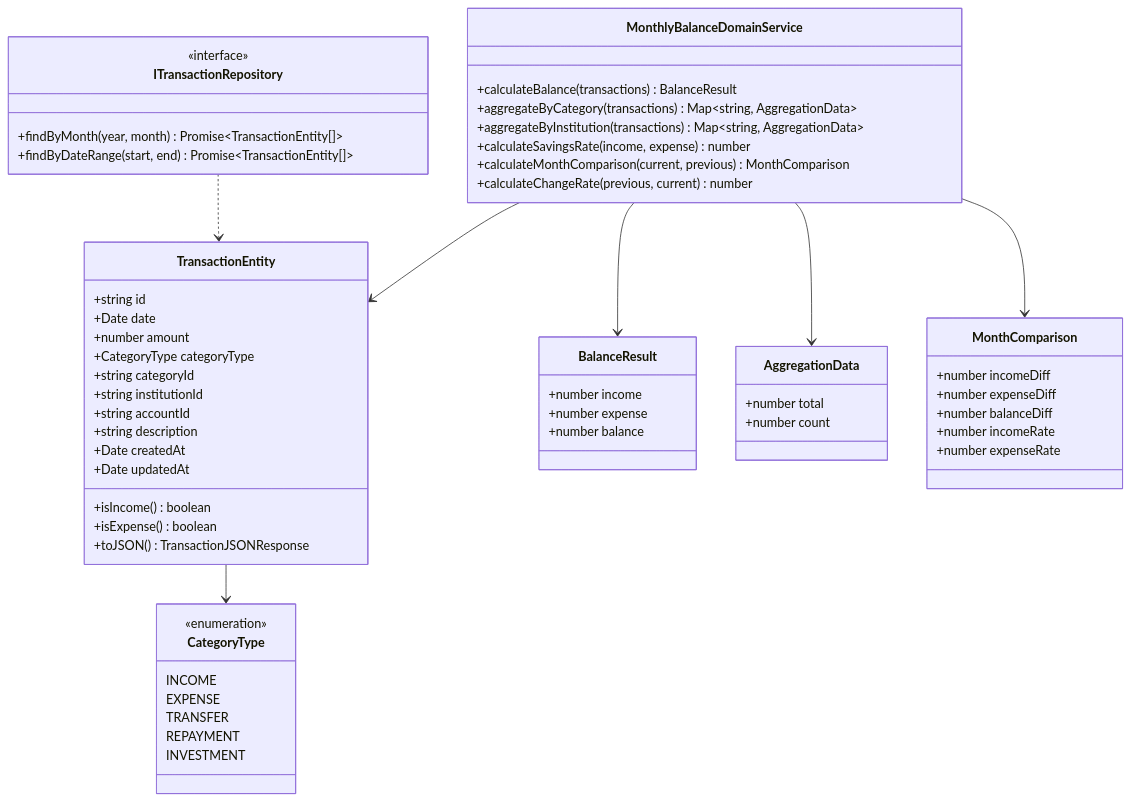
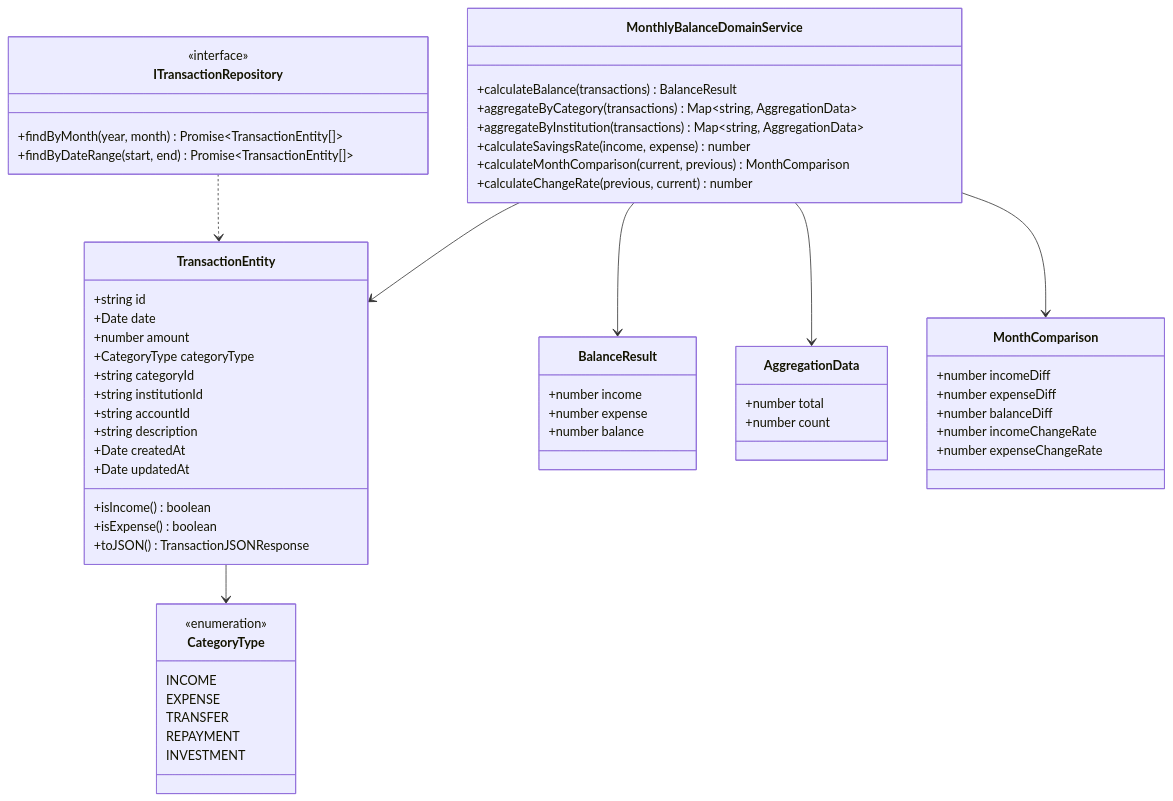
The first of 4 diagrams in docs/detailed-design/FR-016_monthly-balance-aggregation/class-diagrams.md (kencom2400/account-book), drawn with Mermaid before and after one commit. The commit also changed other lines of this file and 3 other files, not shown here.

First line of the commit message:
docs(aggregation): Geminiレビュー指摘に対応（クラス図の改善）

````diff
--- a/docs/detailed-design/FR-016_monthly-balance-aggregation/class-diagrams.md
+++ b/docs/detailed-design/FR-016_monthly-balance-aggregation/class-diagrams.md
@@ -18,68 +18,68 @@
 ```mermaid
 classDiagram
     class TransactionEntity {
         +string id
         +Date date
         +number amount
         +CategoryType categoryType
         +string categoryId
         +string institutionId
         +string accountId
         +string description
         +Date createdAt
         +Date updatedAt
         +isIncome() boolean
         +isExpense() boolean
         +toJSON() TransactionJSONResponse
     }
 
     class CategoryType {
         <<enumeration>>
         INCOME
         EXPENSE
         TRANSFER
         REPAYMENT
         INVESTMENT
     }
 
     class MonthlyBalanceDomainService {
         +calculateBalance(transactions) BalanceResult
         +aggregateByCategory(transactions) Map~string, AggregationData~
         +aggregateByInstitution(transactions) Map~string, AggregationData~
         +calculateSavingsRate(income, expense) number
         +calculateMonthComparison(current, previous) MonthComparison
         +calculateChangeRate(previous, current) number
     }
 
     class BalanceResult {
         +number income
         +number expense
         +number balance
     }
 
     class AggregationData {
         +number total
         +number count
     }
 
     class MonthComparison {
         +number incomeDiff
         +number expenseDiff
         +number balanceDiff
-        +number incomeRate
-        +number expenseRate
+        +number incomeChangeRate
+        +number expenseChangeRate
     }
 
     class ITransactionRepository {
         <<interface>>
         +findByMonth(year, month) Promise~TransactionEntity[]~
         +findByDateRange(start, end) Promise~TransactionEntity[]~
     }
 
     TransactionEntity --> CategoryType
     MonthlyBalanceDomainService --> TransactionEntity
     MonthlyBalanceDomainService --> BalanceResult
     MonthlyBalanceDomainService --> AggregationData
     MonthlyBalanceDomainService --> MonthComparison
     ITransactionRepository ..> TransactionEntity
 ```
````
